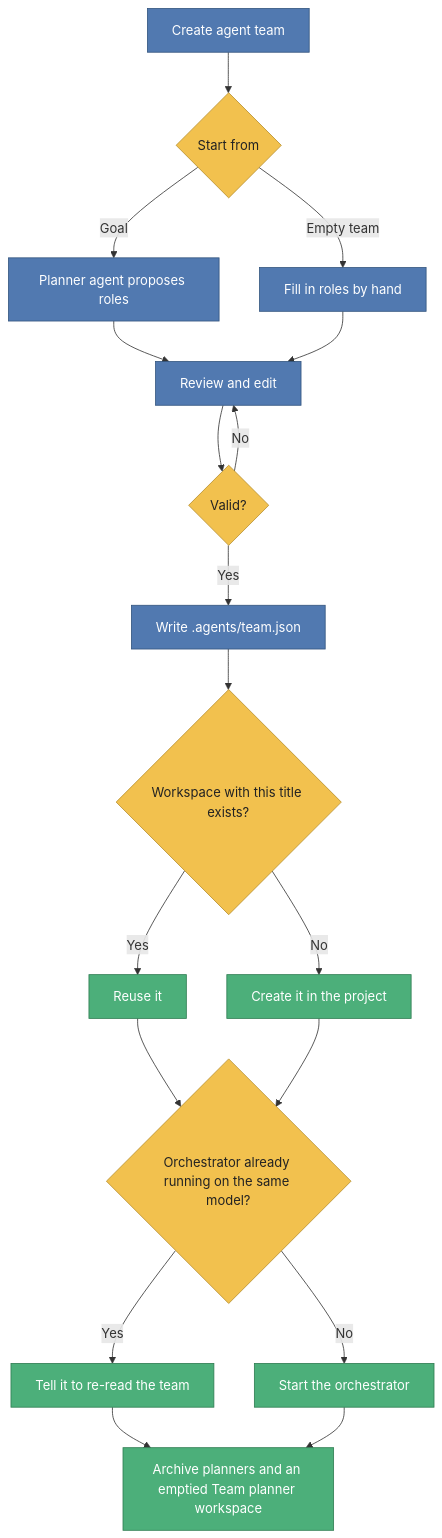
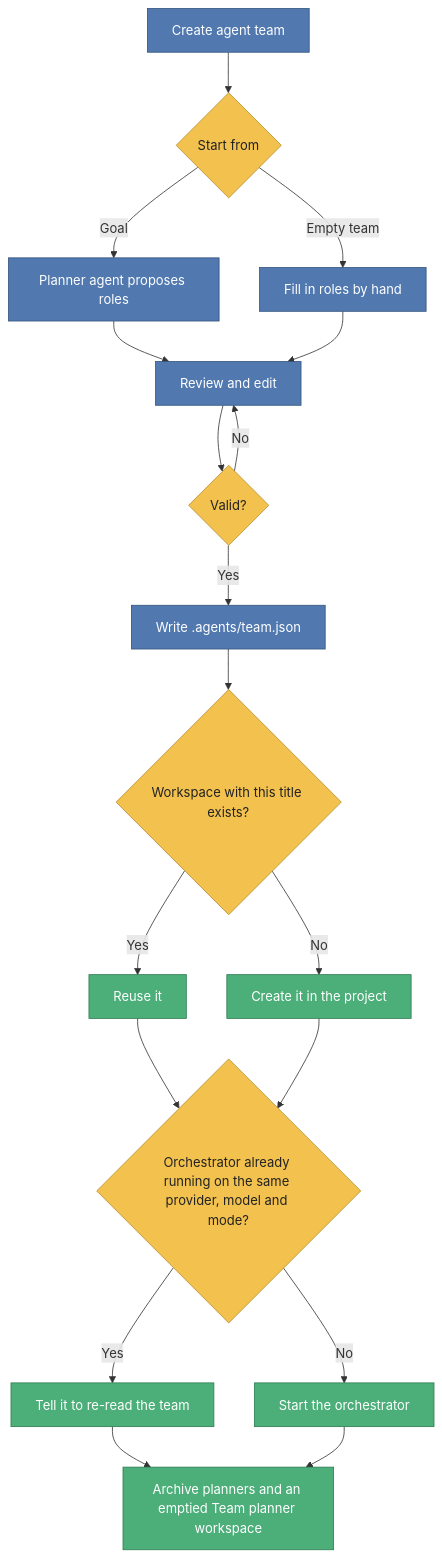
The diagram in README.md (gyuha/paseo-agent-team), drawn with Mermaid before and after one commit. The commit also changed other lines of this file and 9 other files, not shown here.

First line of the commit message:
Start agents in the provider's reviewed auto mode

````diff
--- a/README.md
+++ b/README.md
@@ -60,27 +60,27 @@
 ```mermaid
 flowchart TD
   A[Create agent team] --> B{Start from}
   B -->|Goal| C[Planner agent proposes roles]
   B -->|Empty team| D[Fill in roles by hand]
   C --> E[Review and edit]
   D --> E
   E --> F{Valid?}
   F -->|No| E
   F -->|Yes| G[Write .agents/team.json]
   G --> H{Workspace with this title exists?}
   H -->|Yes| I[Reuse it]
   H -->|No| J[Create it in the project]
-  I --> K{Orchestrator already running on the same model?}
+  I --> K{Orchestrator already running on the same provider, model and mode?}
   J --> K
   K -->|Yes| L[Tell it to re-read the team]
   K -->|No| M[Start the orchestrator]
   L --> N[Archive planners and an emptied Team planner workspace]
   M --> N
 
   classDef action fill:#5179b0,stroke:#33557f,color:#ffffff
   classDef decision fill:#f2c14e,stroke:#b8902f,color:#222222
   classDef result fill:#4caf7a,stroke:#2f7d52,color:#ffffff
   class A,C,D,E,G action
   class B,F,H,K decision
   class I,J,L,M,N result
 ```
````
